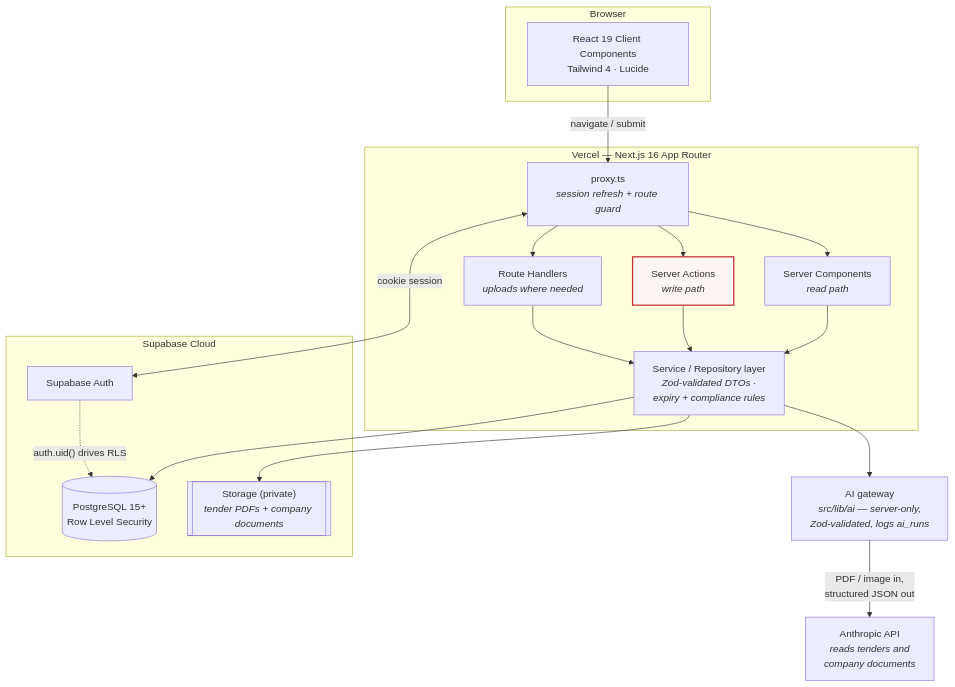
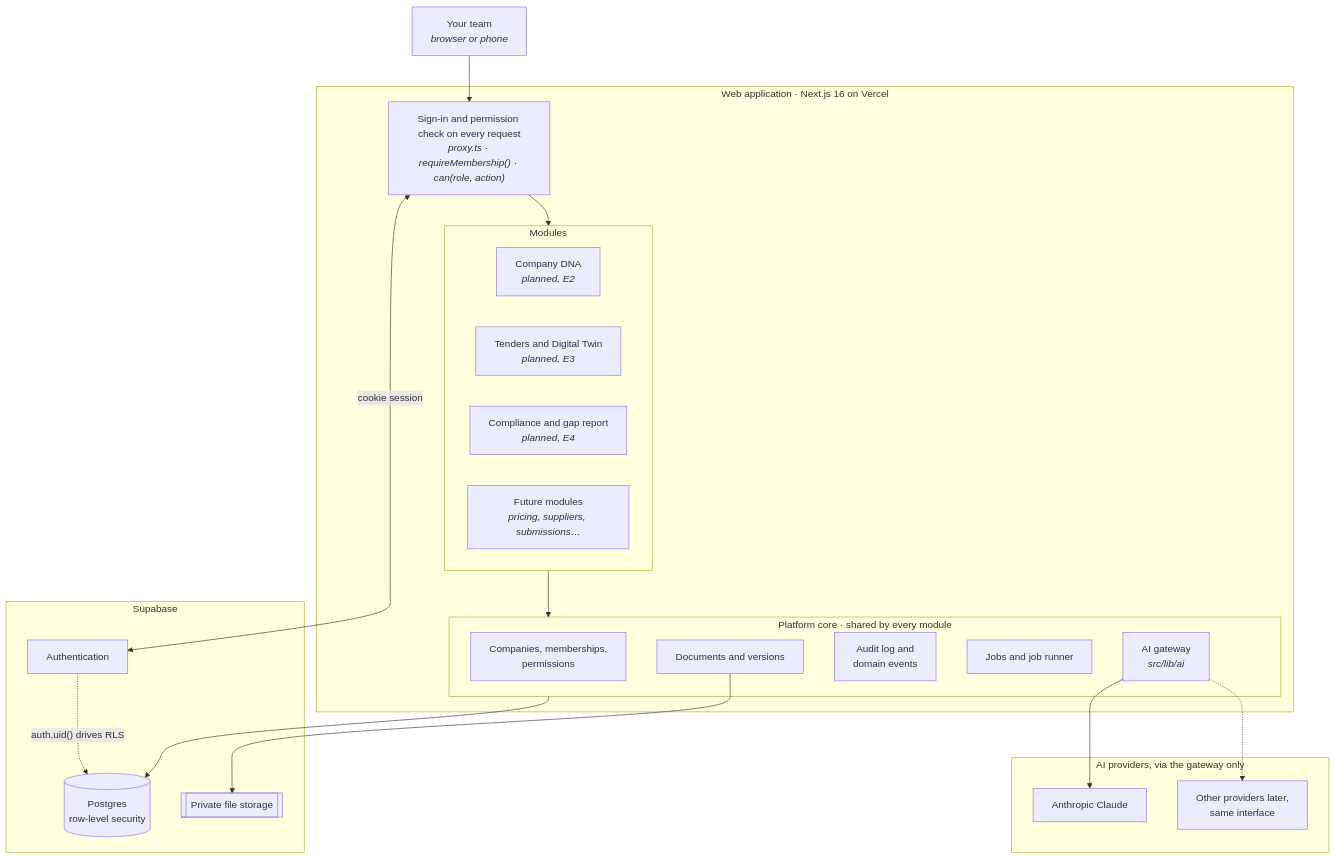
One commit to Sbongiseni88/AI_Procurement_OS changed the first of 3 diagrams in docs/ARCHITECTURE.md. Above: the diagram before and after it, drawn with Mermaid. The commit also changed other lines of this file and 3 other files, not shown here.

First line of the commit message:
docs(architecture): E1.5.1 - platform architecture in the repo

````diff
--- a/docs/ARCHITECTURE.md
+++ b/docs/ARCHITECTURE.md
@@ -11,40 +20,42 @@
 ```mermaid
 graph TB
-    subgraph client["Browser"]
-        UI["React 19 Client Components<br/>Tailwind 4 · Lucide"]
+    TEAM["Your team<br/><i>browser or phone</i>"]
+
+    subgraph vercel["Web application · Next.js 16 on Vercel"]
+        GATE["Sign-in and permission check on every request<br/><i>proxy.ts · requireMembership() · can(role, action)</i>"]
+        subgraph modules["Modules"]
+            DNA["Company DNA<br/><i>planned, E2</i>"]
+            TWIN["Tenders and Digital Twin<br/><i>planned, E3</i>"]
+            COMP["Compliance and gap report<br/><i>planned, E4</i>"]
+            FUT["Future modules<br/><i>pricing, suppliers, submissions…</i>"]
+        end
+        subgraph core["Platform core · shared by every module"]
+            TEN["Companies, memberships,<br/>permissions"]
+            DOCS["Documents and versions"]
+            LOG["Audit log and<br/>domain events"]
+            JOBS["Jobs and job runner"]
+            GW["AI gateway<br/><i>src/lib/ai</i>"]
+        end
     end
 
-    subgraph vercel["Vercel — Next.js 16 App Router"]
-        PROXY["proxy.ts<br/><i>session refresh + route guard</i>"]
-        RSC["Server Components<br/><i>read path</i>"]
-        SA["Server Actions<br/><i>write path</i>"]
-        RH["Route Handlers<br/><i>uploads where needed</i>"]
-        SVC["Service / Repository layer<br/><i>Zod-validated DTOs ·<br/>expiry + compliance rules</i>"]
+    subgraph supabase["Supabase"]
+        PG[("Postgres<br/>row-level security")]
+        AUTH["Authentication"]
+        STORE[["Private file storage"]]
     end
 
-    subgraph supabase["Supabase Cloud"]
-        PG[("PostgreSQL 15+<br/>Row Level Security")]
-        AUTH["Supabase Auth"]
-        STORE[["Storage (private)<br/><i>tender PDFs + company documents</i>"]]
+    subgraph providers["AI providers, via the gateway only"]
+        ANTHROPIC["Anthropic Claude"]
+        OTHER["Other providers later,<br/>same interface"]
     end
 
-    AI["AI gateway<br/><i>src/lib/ai — server-only,<br/>Zod-validated, logs ai_runs</i>"]
-    ANTHROPIC["Anthropic API<br/><i>reads tenders and<br/>company documents</i>"]
-
-    UI -->|"navigate / submit"| PROXY
-    PROXY --> RSC
-    PROXY --> SA
-    PROXY --> RH
-    RSC --> SVC
-    SA --> SVC
-    RH --> SVC
-    SVC --> PG
-    SVC --> STORE
-    PROXY <-->|"cookie session"| AUTH
+    TEAM --> GATE
+    GATE <-->|"cookie session"| AUTH
+    GATE --> modules
+    modules --> core
+    core --> PG
+    DOCS --> STORE
     AUTH -.->|"auth.uid() drives RLS"| PG
-    SVC --> AI
-    AI -->|"PDF / image in,<br/>structured JSON out"| ANTHROPIC
-
-    classDef gate fill:#fff5f5,stroke:#c53030,stroke-width:2px
-    class SA gate
+    GW --> ANTHROPIC
+    GW -.-> OTHER
 ```
````
